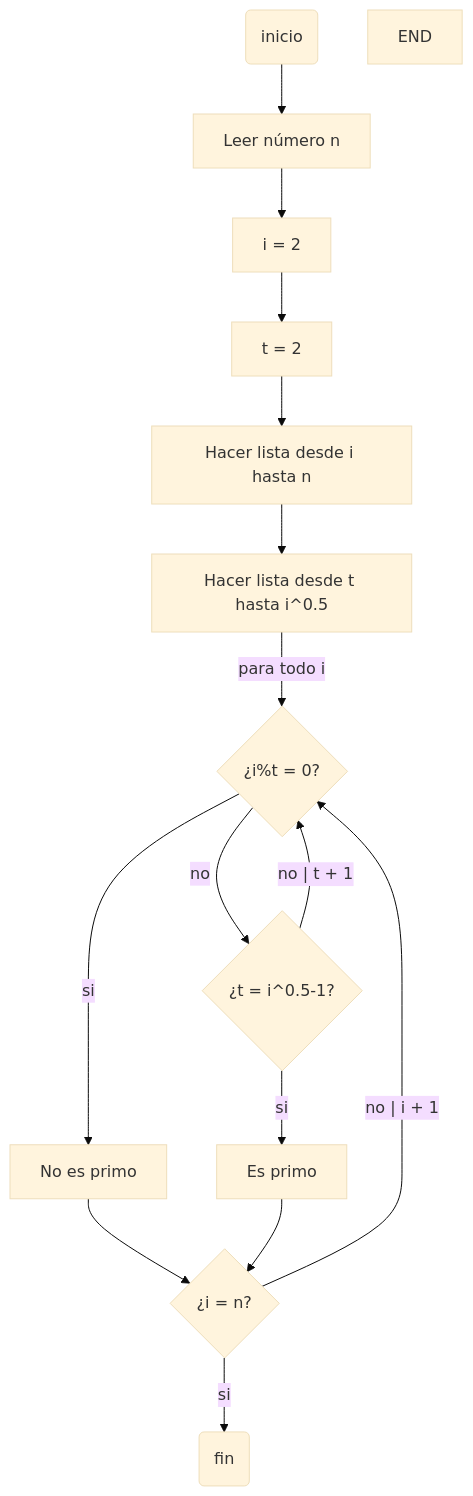
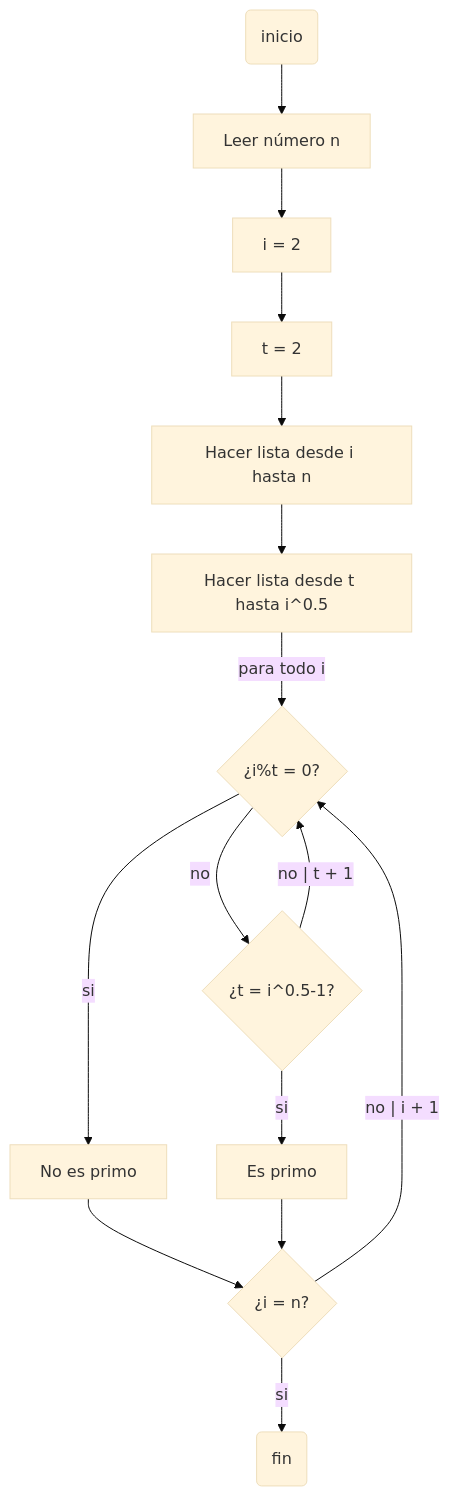
One commit to RafaelSantiagoChiriviPena/pdc_reto_3 changed the diagram in README.md. Above: the diagram before and after it, drawn with Mermaid (base theme).

````diff
--- a/README.md
+++ b/README.md
@@ -34,31 +34,30 @@
 ```mermaid
 flowchart TD;
     A(inicio)
     B[Leer número n]
     C[i = 2]
     D[t = 2]
     E[Hacer lista desde i hasta n]
     F[Hacer lista desde t hasta i^0.5]
     G{¿i%t = 0?}
     H[No es primo]
     I{¿t = i^0.5-1?}
     J[Es primo]
     K{¿i = n?}
     L(fin)
 
     A --> B;
     B --> C;
     C --> D;
     D --> E;
     E --> F;
     F -- para todo i-->  G;
     G -- si --> H
     G -- no --> I
     H --> K
     I -- no | t + 1 --> G
     I -- si --> J
     J --> K 
     K -- no | i + 1 --> G
     K -- si --> L
-END
 ```
````
